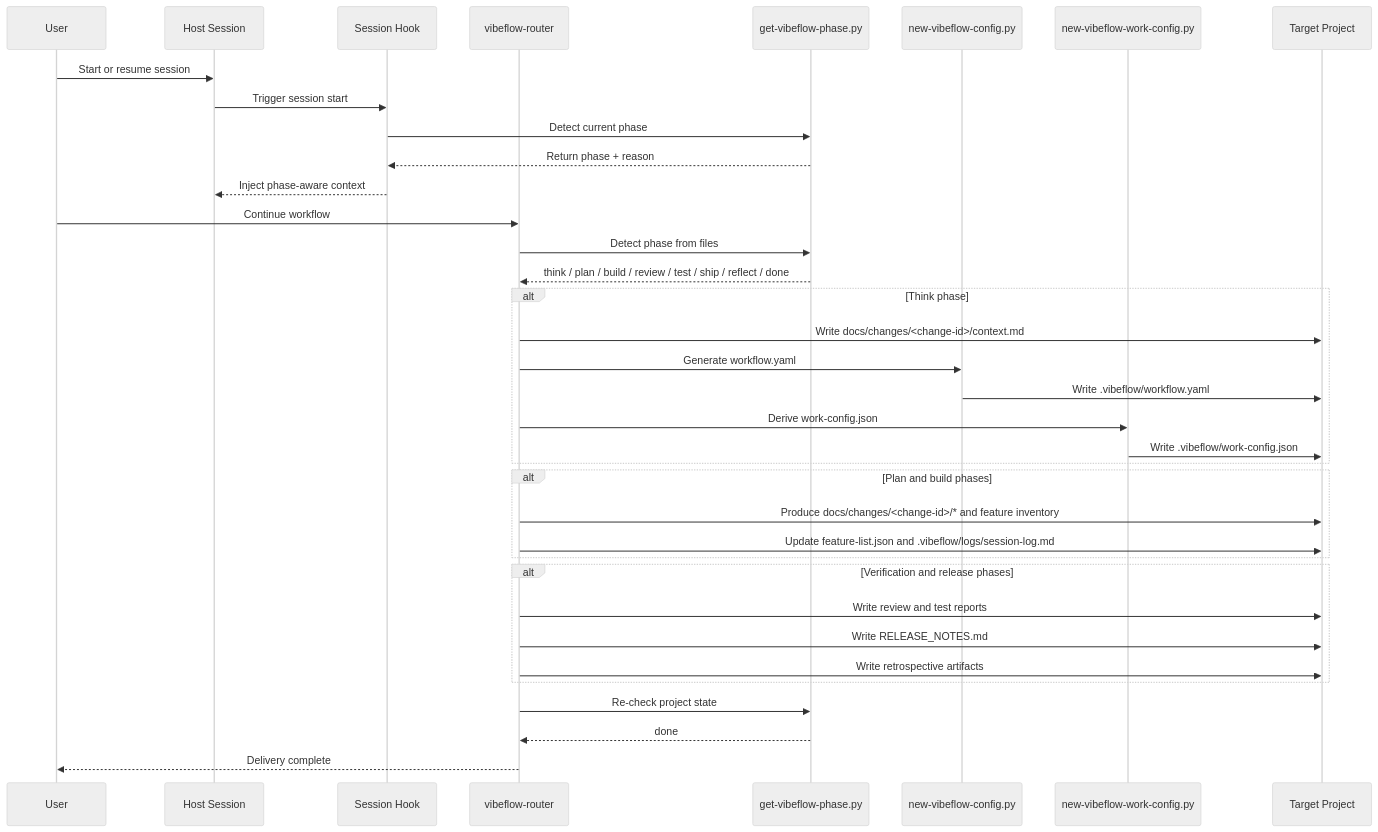
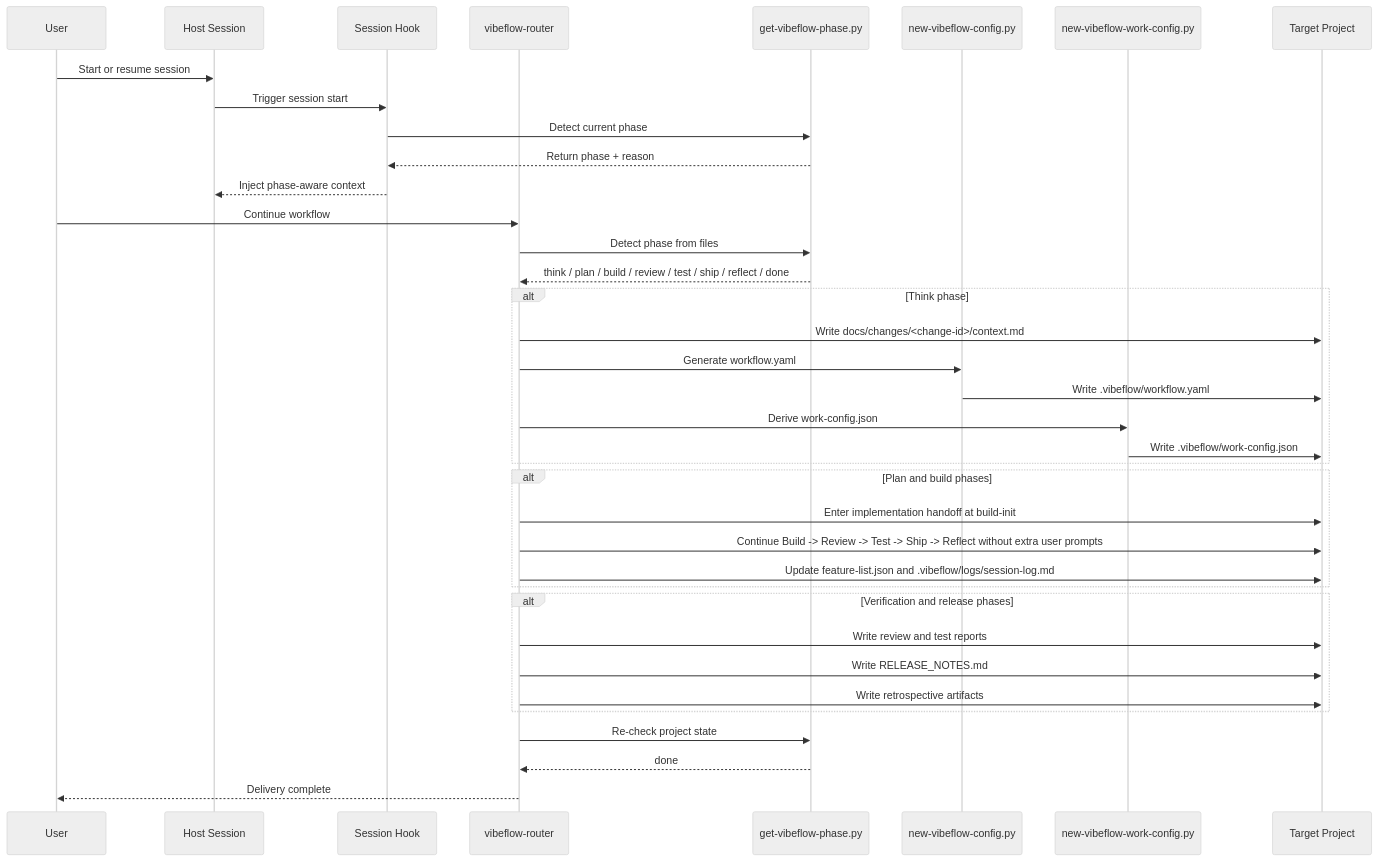
The third of 3 diagrams in ARCHITECTURE.md (ttttstc/vibeflow), drawn with Mermaid (neutral theme) before and after one commit. The commit also changed other lines of this file and 11 other files, not shown here.

Commit message:
docs: collapse build handoff into plugin workflow

````diff
--- a/ARCHITECTURE.md
+++ b/ARCHITECTURE.md
@@ -153,43 +157,44 @@
 ```mermaid
 sequenceDiagram
     participant User
     participant Host as Host Session
     participant Hook as Session Hook
     participant Router as vibeflow-router
     participant Phase as get-vibeflow-phase.py
     participant Template as new-vibeflow-config.py
     participant WorkCfg as new-vibeflow-work-config.py
     participant Project as Target Project
 
     User->>Host: Start or resume session
     Host->>Hook: Trigger session start
     Hook->>Phase: Detect current phase
     Phase-->>Hook: Return phase + reason
     Hook-->>Host: Inject phase-aware context
     User->>Router: Continue workflow
     Router->>Phase: Detect phase from files
     Phase-->>Router: think / plan / build / review / test / ship / reflect / done
 
     alt Think phase
         Router->>Project: Write docs/changes/<change-id>/context.md
         Router->>Template: Generate workflow.yaml
         Template->>Project: Write .vibeflow/workflow.yaml
         Router->>WorkCfg: Derive work-config.json
         WorkCfg->>Project: Write .vibeflow/work-config.json
     end
 
     alt Plan and build phases
-        Router->>Project: Produce docs/changes/<change-id>/* and feature inventory
+        Router->>Project: Enter implementation handoff at build-init
+        Router->>Project: Continue Build -> Review -> Test -> Ship -> Reflect without extra user prompts
         Router->>Project: Update feature-list.json and .vibeflow/logs/session-log.md
     end
 
     alt Verification and release phases
         Router->>Project: Write review and test reports
         Router->>Project: Write RELEASE_NOTES.md
         Router->>Project: Write retrospective artifacts
     end
 
     Router->>Phase: Re-check project state
     Phase-->>Router: done
     Router-->>User: Delivery complete
 ```
````
